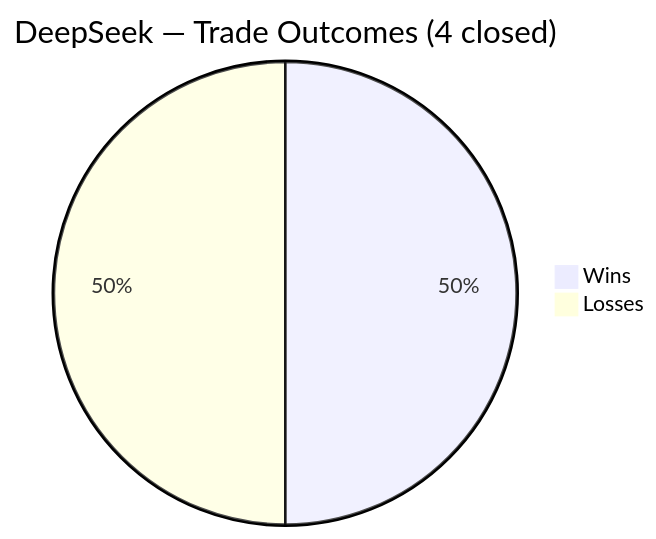
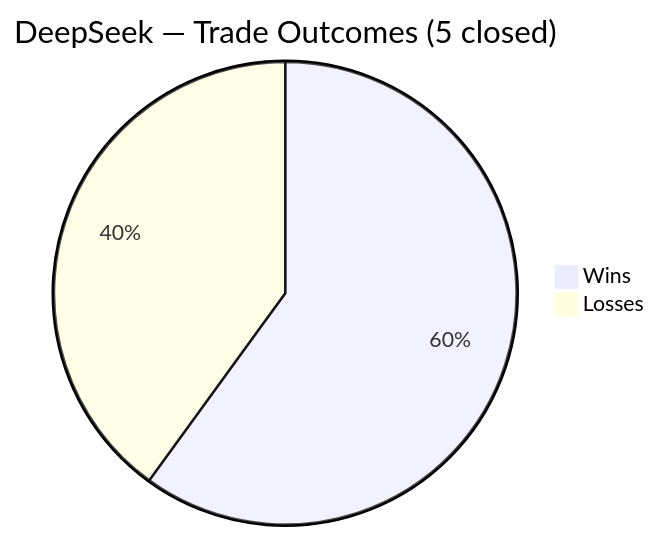
The fourth of 5 diagrams in README.md (zachisit/ai-auto-buy-thesis), drawn with Mermaid before and after one commit. The commit also changed other lines of this file and 2 other files, not shown here.

````diff
--- a/README.md
+++ b/README.md
@@ -53,5 +53,5 @@
 ```mermaid
-pie title DeepSeek — Trade Outcomes (4 closed)
-    "Wins" : 2
+pie title DeepSeek — Trade Outcomes (5 closed)
+    "Wins" : 3
     "Losses" : 2
 ```
````
